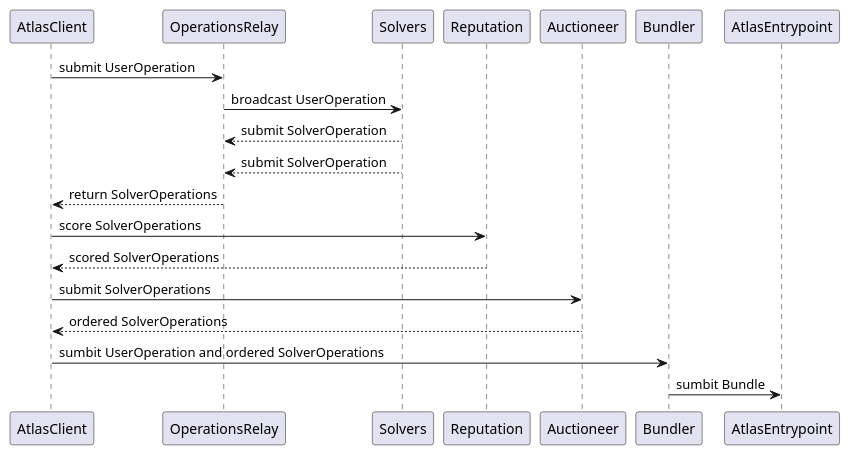
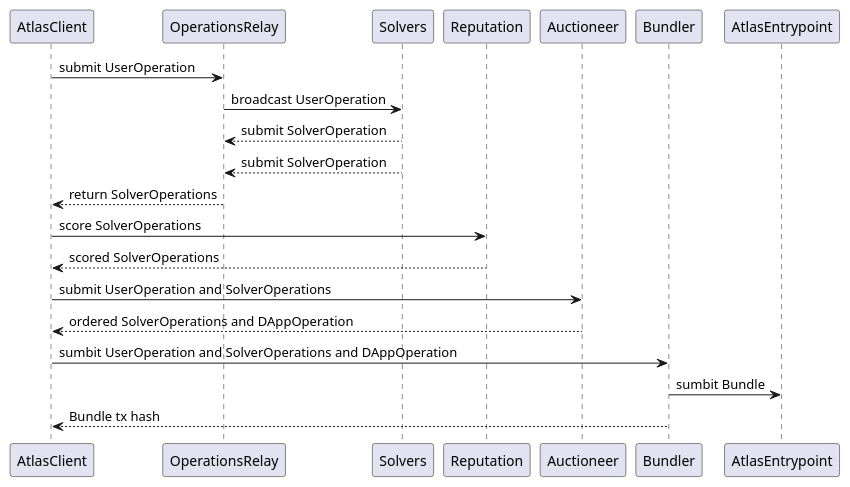
The diagram in docs/component-interaction.puml (FastLane-Labs/atlas-sdk), drawn with PlantUML before and after one commit.

Commit message:
other review comments

```diff
--- a/docs/component-interaction.puml
+++ b/docs/component-interaction.puml
@@ -1,21 +1,22 @@
 @startuml
 participant AtlasClient
 participant OperationsRelay
 participant Solvers
 participant Reputation
 participant Auctioneer
 participant Bundler
 participant AtlasEntrypoint
 
 AtlasClient -> OperationsRelay : submit UserOperation
 OperationsRelay -> Solvers : broadcast UserOperation
 Solvers --> OperationsRelay : submit SolverOperation
 Solvers --> OperationsRelay : submit SolverOperation
 OperationsRelay --> AtlasClient : return SolverOperations
 AtlasClient -> Reputation : score SolverOperations
 Reputation --> AtlasClient : scored SolverOperations
-AtlasClient -> Auctioneer : submit SolverOperations
-Auctioneer --> AtlasClient : ordered SolverOperations
-AtlasClient -> Bundler : sumbit UserOperation and ordered SolverOperations
+AtlasClient -> Auctioneer : submit UserOperation and SolverOperations
+Auctioneer --> AtlasClient : ordered SolverOperations and DAppOperation
+AtlasClient -> Bundler : sumbit UserOperation and SolverOperations and DAppOperation
 Bundler -> AtlasEntrypoint : sumbit Bundle
+Bundler --> AtlasClient: Bundle tx hash
 @enduml
```
